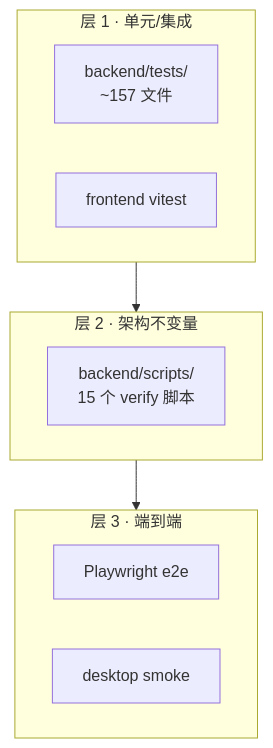
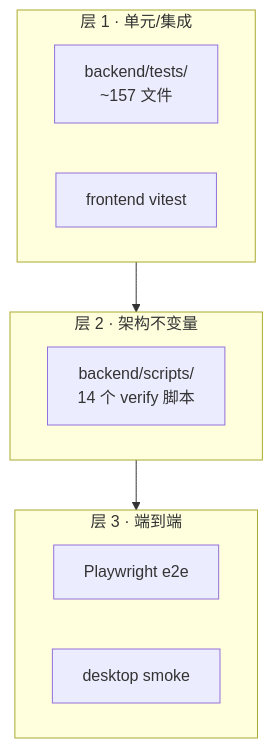
Before and after one commit to santu-ai/personal-ai-runtime: the diagram in docs/05-engineering/testing.md, drawn with Mermaid. The commit also changed other lines of this file and 54 other files, not shown here.

````diff
--- a/docs/05-engineering/testing.md
+++ b/docs/05-engineering/testing.md
@@ -7,18 +7,18 @@
 ```mermaid
 flowchart TB
     subgraph L1[层 1 · 单元/集成]
         Pytest[backend/tests/<br/>~157 文件]
         FE[frontend vitest]
     end
 
     subgraph L2[层 2 · 架构不变量]
-        Scripts[backend/scripts/<br/>15 个 verify 脚本]
+        Scripts[backend/scripts/<br/>14 个 verify 脚本]
     end
 
     subgraph L3[层 3 · 端到端]
         E2E[Playwright e2e]
         Desktop[desktop smoke]
     end
 
     L1 --> L2 --> L3
 ```
````
